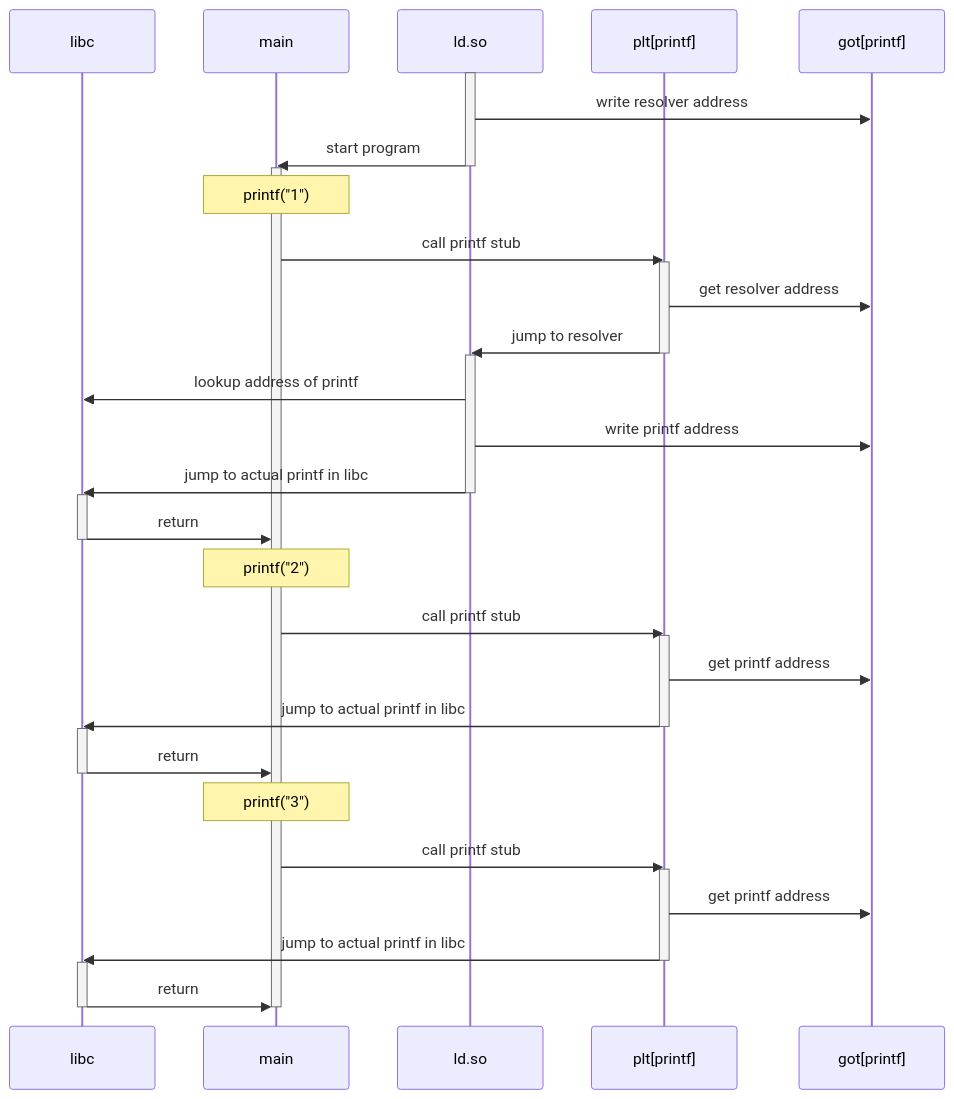
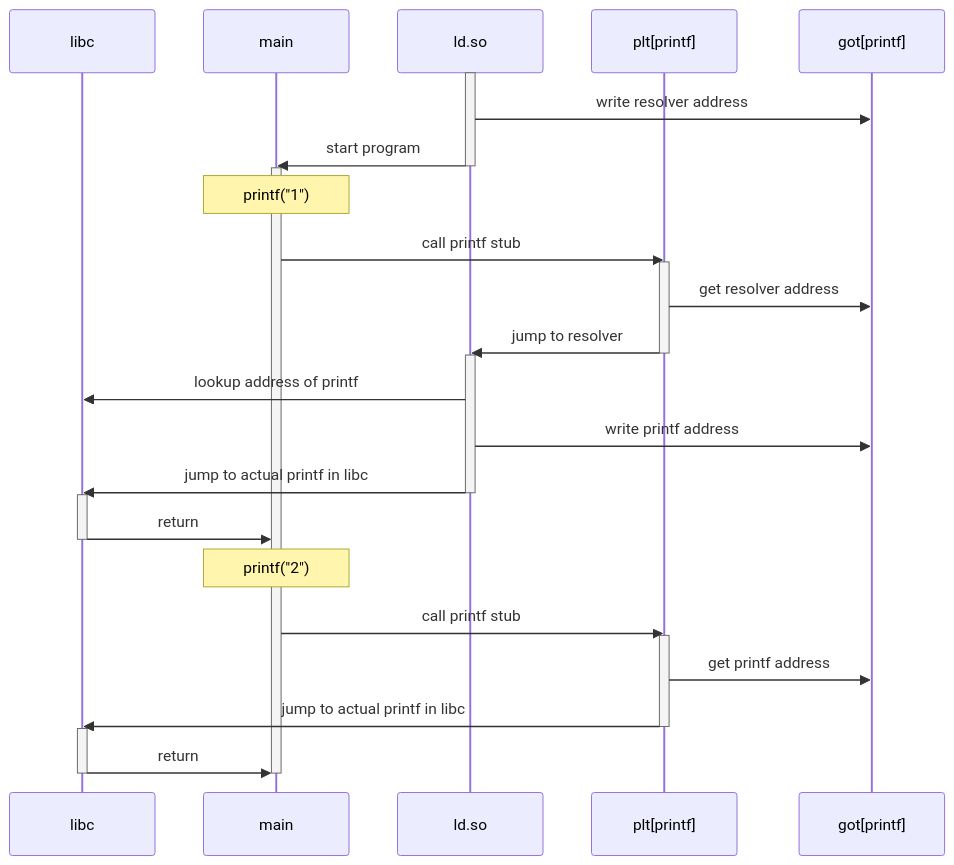
One commit to robertdfrench/ifuncd-up changed the fifth of 5 diagrams in README.md. Above: the diagram before and after it, drawn with Mermaid. The commit also changed other lines of this file and 1 other file, not shown here.

Commit message:
One does not simply abuse this meme format...

````diff
--- a/README.md
+++ b/README.md
@@ -313,52 +313,42 @@
 ```mermaid
 sequenceDiagram
     participant libc
     participant main
     participant ld.so
     participant printf_plt as plt[printf]
     participant printf_got as got[printf]
 
     activate ld.so
     ld.so->>printf_got: write resolver address
     ld.so->>main: start program
     deactivate ld.so
     activate main
 
     note over main: printf("1")
     main->>printf_plt: call printf stub
     activate printf_plt
     printf_plt->>printf_got: get resolver address
     printf_plt->>ld.so: jump to resolver
     deactivate printf_plt
     activate ld.so
     ld.so->>libc: lookup address of printf
     ld.so->>printf_got: write printf address
     ld.so->>libc: jump to actual printf in libc
     deactivate ld.so
     activate libc
     libc->>main: return
     deactivate libc
 
     note over main: printf("2")
     main->>printf_plt: call printf stub
     activate printf_plt
     printf_plt->>printf_got: get printf address
     printf_plt->>libc: jump to actual printf in libc
     deactivate printf_plt
     activate libc
     libc->>main: return
     deactivate libc
 
-    note over main: printf("3")
-    main->>printf_plt: call printf stub
-    activate printf_plt
-    printf_plt->>printf_got: get printf address
-    printf_plt->>libc: jump to actual printf in libc
-    deactivate printf_plt
-    activate libc
-    libc->>main: return
-    deactivate libc
-
 
     deactivate main
 ```
````
